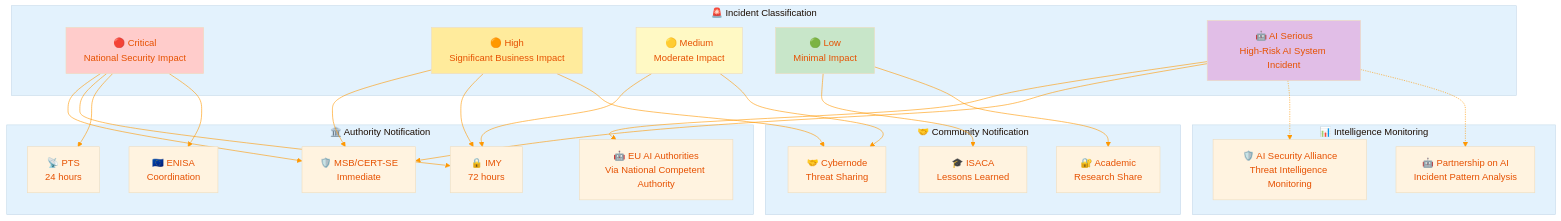
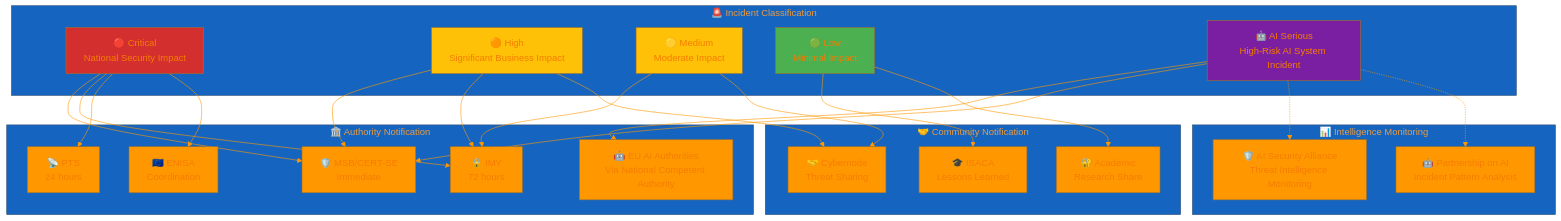
One commit to Hack23/ISMS-PUBLIC changed the third of 4 diagrams in External_Stakeholder_Registry.md. Above: the diagram before and after it, drawn with Mermaid. The commit also changed other lines of this file, not shown here.

````diff
--- a/External_Stakeholder_Registry.md
+++ b/External_Stakeholder_Registry.md
@@ -398,67 +471,67 @@
 ```mermaid
 %%{
   init: {
     'theme': 'base',
     'themeVariables': {
-      'primaryColor': '#fff3e0',
-      'primaryTextColor': '#e65100',
+      'primaryColor': '#FF9800',
+      'primaryTextColor': '#F57C00',
       'lineColor': '#ff9800',
-      'secondaryColor': '#e8f5e9',
-      'tertiaryColor': '#e3f2fd'
+      'secondaryColor': '#4CAF50',
+      'tertiaryColor': '#1565C0'
     }
   }
 }%%
 flowchart TD
     subgraph INCIDENT["🚨 Incident Classification"]
         CRITICAL[🔴 Critical<br/>National Security Impact]
         HIGH[🟠 High<br/>Significant Business Impact]
         MEDIUM[🟡 Medium<br/>Moderate Impact]
         LOW[🟢 Low<br/>Minimal Impact]
         AI_SERIOUS[🤖 AI Serious<br/>High-Risk AI System Incident]
     end
     
     subgraph AUTHORITIES["🏛️ Authority Notification"]
         MSB_CERT[🛡️ MSB/CERT-SE<br/>Immediate]
         IMY_GDPR[🔒 IMY<br/>72 hours]
         PTS_NIS[📡 PTS<br/>24 hours]
         ENISA[🇪🇺 ENISA<br/>Coordination]
         EU_AI_AUTH[🤖 EU AI Authorities<br/>Via National Competent Authority]
     end
     
     subgraph COMMUNITY["🤝 Community Notification"]
         CYBERNODE_ALERT[🤝 Cybernode<br/>Threat Sharing]
         ISACA_REPORT[🎓 ISACA<br/>Lessons Learned]
         ACADEMIC[🔐 Academic<br/>Research Share]
     end
     
     subgraph MONITORING["📊 Intelligence Monitoring"]
         AI_SEC_MONITOR[🛡️ AI Security Alliance<br/>Threat Intelligence Monitoring]
         PAI_MONITOR[🤖 Partnership on AI<br/>Incident Pattern Analysis]
     end
     
     CRITICAL --> MSB_CERT
     CRITICAL --> IMY_GDPR
     CRITICAL --> PTS_NIS
     CRITICAL --> ENISA
     
     HIGH --> MSB_CERT
     HIGH --> IMY_GDPR
     HIGH --> CYBERNODE_ALERT
     
     MEDIUM --> IMY_GDPR
     MEDIUM --> CYBERNODE_ALERT
     
     LOW --> ISACA_REPORT
     LOW --> ACADEMIC
     
     AI_SERIOUS --> EU_AI_AUTH
     AI_SERIOUS --> MSB_CERT
     AI_SERIOUS -.-> AI_SEC_MONITOR
     AI_SERIOUS -.-> PAI_MONITOR
     
-    style CRITICAL fill:#ffcccb
-    style HIGH fill:#ffeb9c
-    style AI_SERIOUS fill:#e1bee7
-    style MEDIUM fill:#fff9c4
-    style LOW fill:#c8e6c9
+    style CRITICAL fill:#D32F2F
+    style HIGH fill:#FFC107
+    style AI_SERIOUS fill:#7B1FA2
+    style MEDIUM fill:#FFC107
+    style LOW fill:#4CAF50
 ```
````
